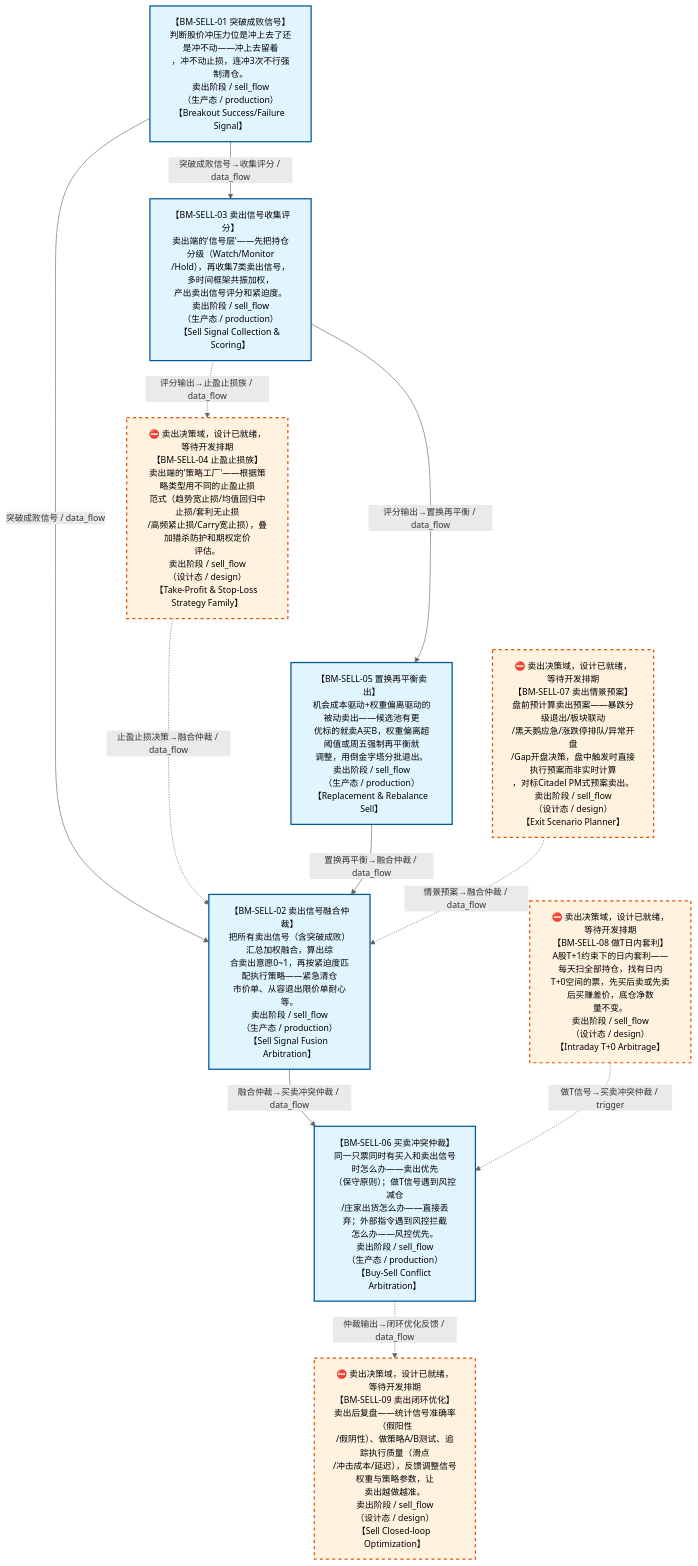
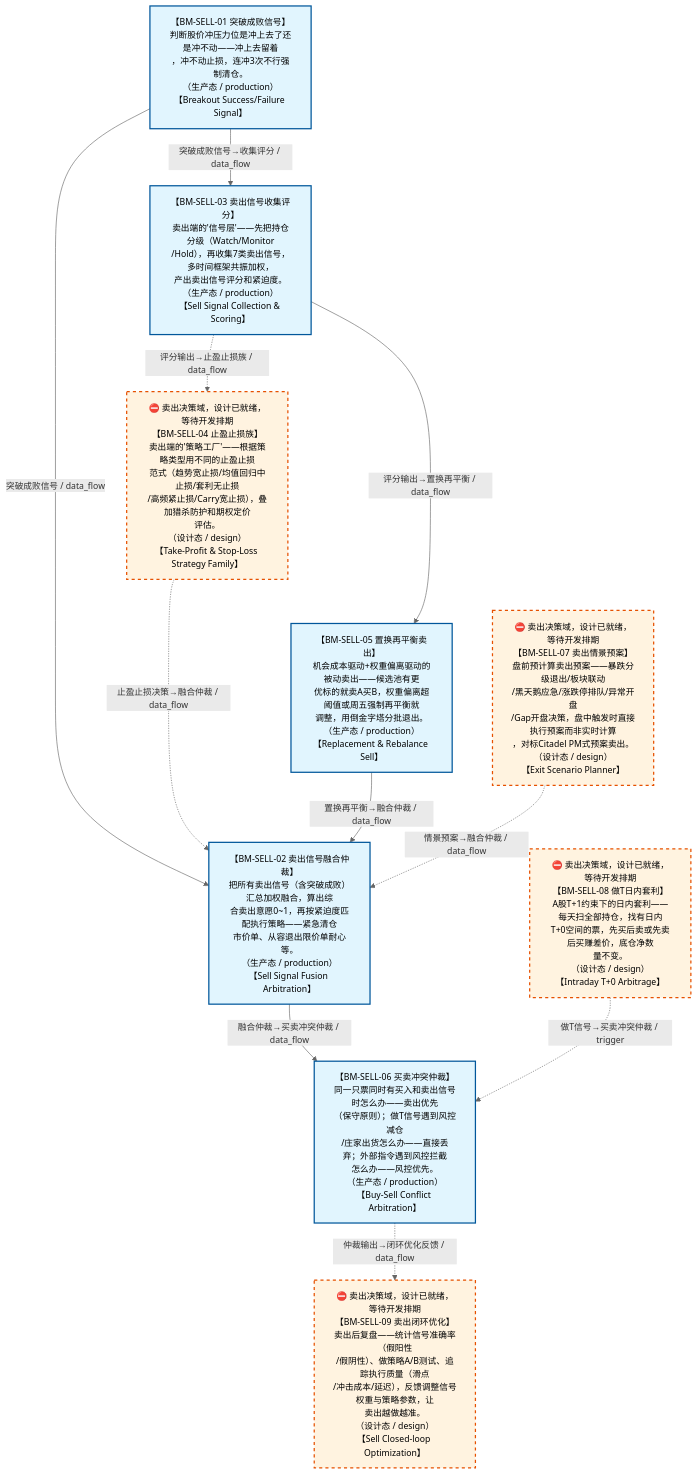
The diagram in docs/02_enterprise_architecture/07_trading_decision_architecture/battle_map/battle_map_07_sell_flow.md (xuanFelixVan/ZephyrAlpha), drawn with Mermaid before and after one commit. The commit also changed 3 other files, not shown here.

````diff
--- a/docs/02_enterprise_architecture/07_trading_decision_architecture/battle_map/battle_map_07_sell_flow.md
+++ b/docs/02_enterprise_architecture/07_trading_decision_architecture/battle_map/battle_map_07_sell_flow.md
@@ -38,33 +38,33 @@
 ```mermaid
 %%{init: {'theme': 'base', 'themeVariables': {'primaryColor': '#eaeaea', 'primaryTextColor': '#333333', 'primaryBorderColor': '#666666', 'lineColor': '#666666', 'secondaryColor': '#eaeaea', 'tertiaryColor': '#eaeaea', 'clusterBkg': 'transparent', 'clusterBorder': 'transparent', 'fontSize': '14px'}}}%%
 %% 卖出阶段图
 flowchart TD
-    BM_SELL_01["【BM-SELL-01 突破成败信号】<br/>判断股价冲压力位是冲上去了还是冲不动——冲上去留着<br/>，冲不动止损，连冲3次不行强制清仓。<br/>卖出阶段 / sell_flow<br/>（生产态 / production）<br/>【Breakout Success/Failure Signal】"]
-    BM_SELL_03["【BM-SELL-03 卖出信号收集评分】<br/>卖出端的'信号层'——先把持仓分级（Watch/Monitor<br/>/Hold），再收集7类卖出信号，多时间框架共振加权，<br/>产出卖出信号评分和紧迫度。<br/>卖出阶段 / sell_flow<br/>（生产态 / production）<br/>【Sell Signal Collection &amp; Scoring】"]
-    BM_SELL_07["⛔ 卖出决策域，设计已就绪，等待开发排期<br/>【BM-SELL-07 卖出情景预案】<br/>盘前预计算卖出预案——暴跌分级退出/板块联动<br/>/黑天鹅应急/涨跌停排队/异常开盘<br/>/Gap开盘决策，盘中触发时直接执行预案而非实时计算<br/>，对标Citadel PM式预案卖出。<br/>卖出阶段 / sell_flow<br/>（设计态 / design）<br/>【Exit Scenario Planner】"]
-    BM_SELL_04["⛔ 卖出决策域，设计已就绪，等待开发排期<br/>【BM-SELL-04 止盈止损族】<br/>卖出端的'策略工厂'——根据策略类型用不同的止盈止损<br/>范式（趋势宽止损/均值回归中止损/套利无止损<br/>/高频紧止损/Carry宽止损），叠加猎杀防护和期权定价<br/>评估。<br/>卖出阶段 / sell_flow<br/>（设计态 / design）<br/>【Take-Profit &amp; Stop-Loss Strategy Family】"]
-    BM_SELL_05["【BM-SELL-05 置换再平衡卖出】<br/>机会成本驱动+权重偏离驱动的被动卖出——候选池有更<br/>优标的就卖A买B，权重偏离超阈值或周五强制再平衡就<br/>调整，用倒金字塔分批退出。<br/>卖出阶段 / sell_flow<br/>（生产态 / production）<br/>【Replacement &amp; Rebalance Sell】"]
-    BM_SELL_08["⛔ 卖出决策域，设计已就绪，等待开发排期<br/>【BM-SELL-08 做T日内套利】<br/>A股T+1约束下的日内套利——每天扫全部持仓，找有日内<br/>T+0空间的票，先买后卖或先卖后买赚差价，底仓净数<br/>量不变。<br/>卖出阶段 / sell_flow<br/>（设计态 / design）<br/>【Intraday T+0 Arbitrage】"]
-    BM_SELL_02["【BM-SELL-02 卖出信号融合仲裁】<br/>把所有卖出信号（含突破成败）汇总加权融合，算出综<br/>合卖出意愿0~1，再按紧迫度匹配执行策略——紧急清仓<br/>市价单、从容退出限价单耐心等。<br/>卖出阶段 / sell_flow<br/>（生产态 / production）<br/>【Sell Signal Fusion Arbitration】"]
-    BM_SELL_06["【BM-SELL-06 买卖冲突仲裁】<br/>同一只票同时有买入和卖出信号时怎么办——卖出优先<br/>（保守原则）；做T信号遇到风控减仓<br/>/庄家出货怎么办——直接丢弃；外部指令遇到风控拦截<br/>怎么办——风控优先。<br/>卖出阶段 / sell_flow<br/>（生产态 / production）<br/>【Buy-Sell Conflict Arbitration】"]
-    BM_SELL_09["⛔ 卖出决策域，设计已就绪，等待开发排期<br/>【BM-SELL-09 卖出闭环优化】<br/>卖出后复盘——统计信号准确率（假阳性<br/>/假阴性）、做策略A/B测试、追踪执行质量（滑点<br/>/冲击成本/延迟），反馈调整信号权重与策略参数，让<br/>卖出越做越准。<br/>卖出阶段 / sell_flow<br/>（设计态 / design）<br/>【Sell Closed-loop Optimization】"]
+    BM_SELL_01["【BM-SELL-01 突破成败信号】<br/>判断股价冲压力位是冲上去了还是冲不动——冲上去留着<br/>，冲不动止损，连冲3次不行强制清仓。<br/>（生产态 / production）<br/>【Breakout Success/Failure Signal】"]
+    BM_SELL_03["【BM-SELL-03 卖出信号收集评分】<br/>卖出端的'信号层'——先把持仓分级（Watch/Monitor<br/>/Hold），再收集7类卖出信号，多时间框架共振加权，<br/>产出卖出信号评分和紧迫度。<br/>（生产态 / production）<br/>【Sell Signal Collection &amp; Scoring】"]
+    BM_SELL_07["⛔ 卖出决策域，设计已就绪，等待开发排期<br/>【BM-SELL-07 卖出情景预案】<br/>盘前预计算卖出预案——暴跌分级退出/板块联动<br/>/黑天鹅应急/涨跌停排队/异常开盘<br/>/Gap开盘决策，盘中触发时直接执行预案而非实时计算<br/>，对标Citadel PM式预案卖出。<br/>（设计态 / design）<br/>【Exit Scenario Planner】"]
+    BM_SELL_04["⛔ 卖出决策域，设计已就绪，等待开发排期<br/>【BM-SELL-04 止盈止损族】<br/>卖出端的'策略工厂'——根据策略类型用不同的止盈止损<br/>范式（趋势宽止损/均值回归中止损/套利无止损<br/>/高频紧止损/Carry宽止损），叠加猎杀防护和期权定价<br/>评估。<br/>（设计态 / design）<br/>【Take-Profit &amp; Stop-Loss Strategy Family】"]
+    BM_SELL_05["【BM-SELL-05 置换再平衡卖出】<br/>机会成本驱动+权重偏离驱动的被动卖出——候选池有更<br/>优标的就卖A买B，权重偏离超阈值或周五强制再平衡就<br/>调整，用倒金字塔分批退出。<br/>（生产态 / production）<br/>【Replacement &amp; Rebalance Sell】"]
+    BM_SELL_08["⛔ 卖出决策域，设计已就绪，等待开发排期<br/>【BM-SELL-08 做T日内套利】<br/>A股T+1约束下的日内套利——每天扫全部持仓，找有日内<br/>T+0空间的票，先买后卖或先卖后买赚差价，底仓净数<br/>量不变。<br/>（设计态 / design）<br/>【Intraday T+0 Arbitrage】"]
+    BM_SELL_02["【BM-SELL-02 卖出信号融合仲裁】<br/>把所有卖出信号（含突破成败）汇总加权融合，算出综<br/>合卖出意愿0~1，再按紧迫度匹配执行策略——紧急清仓<br/>市价单、从容退出限价单耐心等。<br/>（生产态 / production）<br/>【Sell Signal Fusion Arbitration】"]
+    BM_SELL_06["【BM-SELL-06 买卖冲突仲裁】<br/>同一只票同时有买入和卖出信号时怎么办——卖出优先<br/>（保守原则）；做T信号遇到风控减仓<br/>/庄家出货怎么办——直接丢弃；外部指令遇到风控拦截<br/>怎么办——风控优先。<br/>（生产态 / production）<br/>【Buy-Sell Conflict Arbitration】"]
+    BM_SELL_09["⛔ 卖出决策域，设计已就绪，等待开发排期<br/>【BM-SELL-09 卖出闭环优化】<br/>卖出后复盘——统计信号准确率（假阳性<br/>/假阴性）、做策略A/B测试、追踪执行质量（滑点<br/>/冲击成本/延迟），反馈调整信号权重与策略参数，让<br/>卖出越做越准。<br/>（设计态 / design）<br/>【Sell Closed-loop Optimization】"]
     BM_SELL_01 ~~~ BM_SELL_07 ~~~ BM_SELL_08
     BM_SELL_04 ~~~ BM_SELL_05
     BM_SELL_01 -->|突破成败信号 / data_flow| BM_SELL_02
     BM_SELL_01 -->|突破成败信号→收集评分 / data_flow| BM_SELL_03
     BM_SELL_03 -.->|评分输出→止盈止损族 / data_flow| BM_SELL_04
     BM_SELL_03 -->|评分输出→置换再平衡 / data_flow| BM_SELL_05
     BM_SELL_04 -.->|止盈止损决策→融合仲裁 / data_flow| BM_SELL_02
     BM_SELL_05 -->|置换再平衡→融合仲裁 / data_flow| BM_SELL_02
     BM_SELL_02 -->|融合仲裁→买卖冲突仲裁 / data_flow| BM_SELL_06
     BM_SELL_07 -.->|情景预案→融合仲裁 / data_flow| BM_SELL_02
     BM_SELL_08 -.->|做T信号→买卖冲突仲裁 / trigger| BM_SELL_06
     BM_SELL_06 -.->|仲裁输出→闭环优化反馈 / data_flow| BM_SELL_09
 classDef production fill:#e1f5fe,stroke:#01579b,stroke-width:2px,color:#000
 classDef design fill:#fff3e0,stroke:#e65100,stroke-width:2px,color:#000,stroke-dasharray: 5 5
 classDef deprecated fill:#ffebee,stroke:#c62828,stroke-width:2px,color:#000
 classDef missing fill:#eeeeee,stroke:#9e9e9e,stroke-width:2px,color:#000
 classDef candidate fill:#fffde7,stroke:#f9a825,stroke-width:2px,color:#000,stroke-dasharray: 5 5
     class BM_SELL_01,BM_SELL_03,BM_SELL_05,BM_SELL_02,BM_SELL_06 production
     class BM_SELL_07,BM_SELL_04,BM_SELL_08,BM_SELL_09 design
 ```
````
